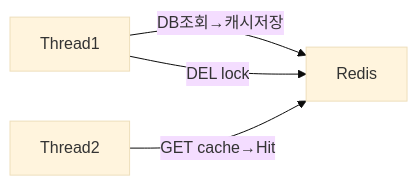
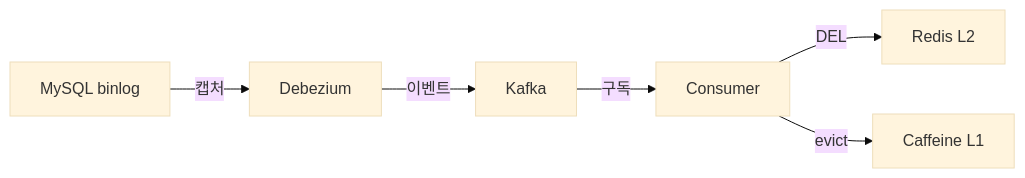
The fourth of 7 diagrams in _posts/caching/2026-05-03-cache-invalidation.md (yjkim2015/yjkim2015.github.io), drawn with Mermaid (base theme) before and after one commit. The commit also changed other lines of this file and 4 other files, not shown here.

````diff
--- a/_posts/caching/2026-05-03-cache-invalidation.md
+++ b/_posts/caching/2026-05-03-cache-invalidation.md
@@ -246,9 +439,8 @@
 ```mermaid
 graph LR
-    T1["Thread1"]
-    R["Redis"]
-    T2["Thread2"]
-    T1 -->|"DB조회→캐시저장"| R
-    T1 -->|"DEL lock"| R
-    T2 -->|"GET cache→Hit"| R
+    DB["MySQL binlog"] -->|"캡처"| Deb["Debezium"]
+    Deb -->|"이벤트"| Kafka["Kafka"]
+    Kafka -->|"구독"| Con["Consumer"]
+    Con -->|"DEL"| Redis["Redis L2"]
+    Con -->|"evict"| L1["Caffeine L1"]
 ```
````
